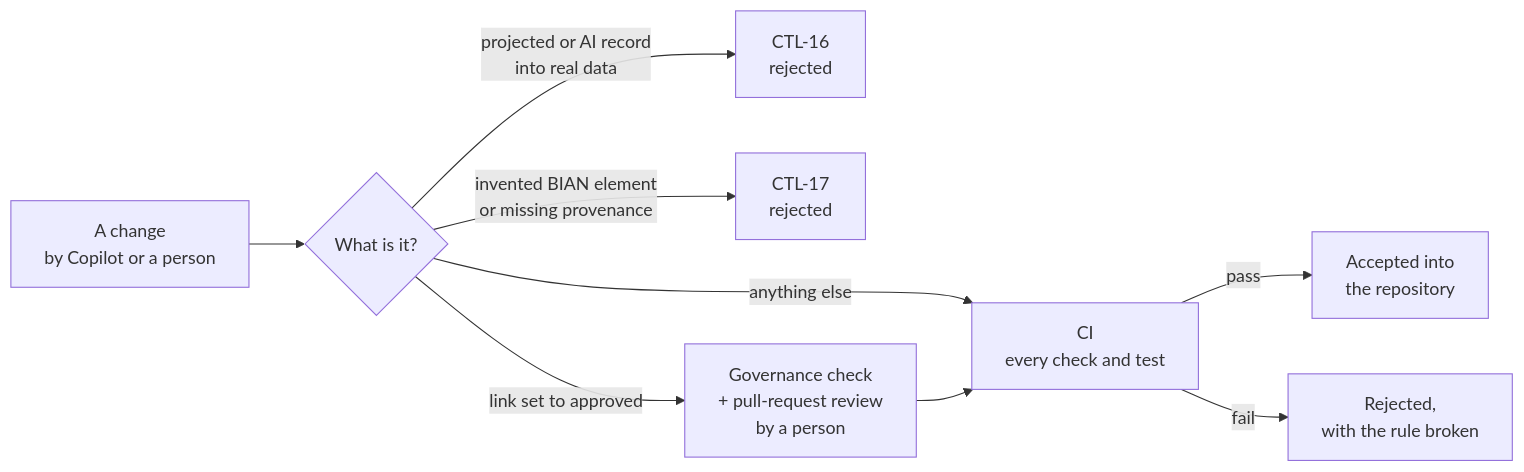
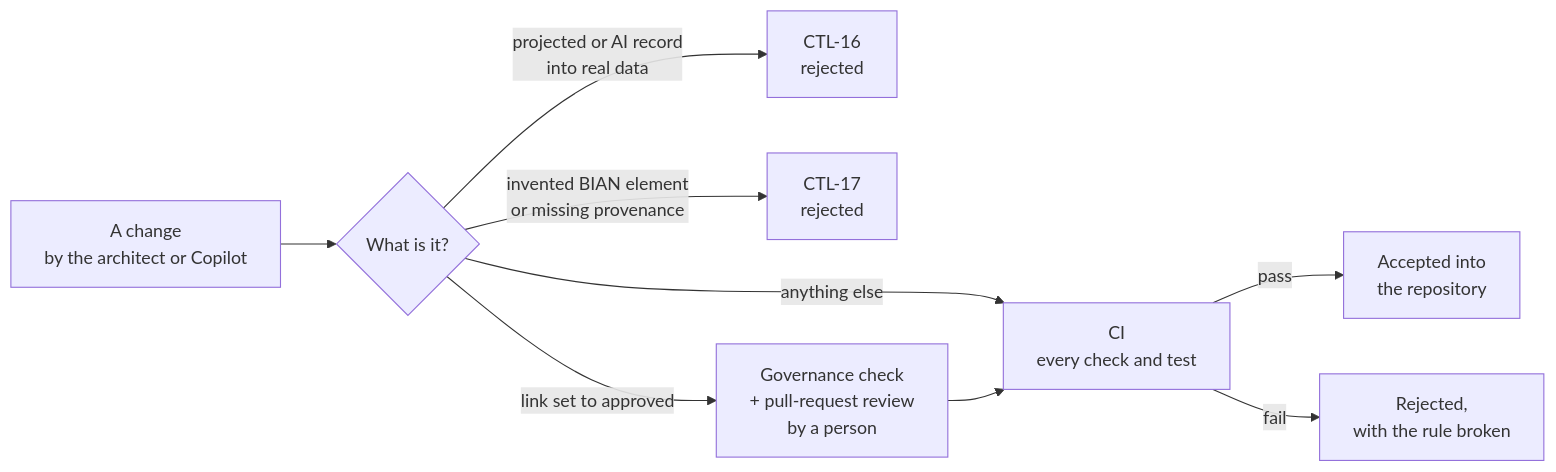
Before and after one commit to taumoeps/bian-sdem-framework: the fifth of 6 diagrams in docs/sdem-workbench-design.md, drawn with Mermaid. The commit also changed other lines of this file and 6 other files, not shown here.

````diff
--- a/docs/sdem-workbench-design.md
+++ b/docs/sdem-workbench-design.md
@@ -235,11 +253,11 @@
 ```mermaid
 flowchart LR
-    change["A change<br/>by Copilot or a person"] --> what{"What is it?"}
+    change["A change<br/>by the architect or Copilot"] --> what{"What is it?"}
     what -->|"projected or AI record<br/>into real data"| c16["CTL-16<br/>rejected"]
     what -->|"invented BIAN element<br/>or missing provenance"| c17["CTL-17<br/>rejected"]
     what -->|"link set to approved"| gov["Governance check<br/>+ pull-request review<br/>by a person"]
     what -->|"anything else"| ci["CI<br/>every check and test"]
     gov --> ci
     ci -->|"pass"| ok["Accepted into<br/>the repository"]
     ci -->|"fail"| no["Rejected,<br/>with the rule broken"]
 ```
````
